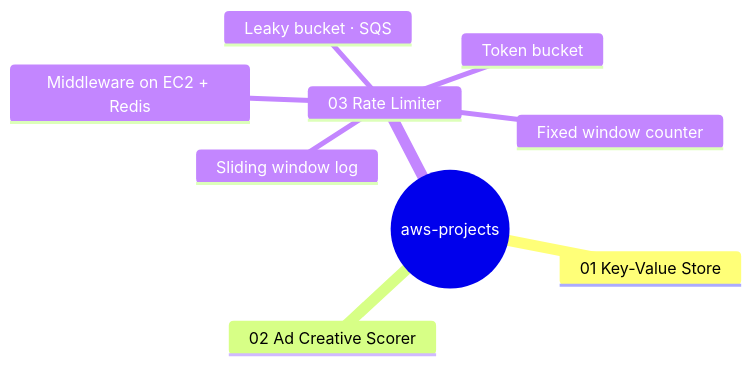
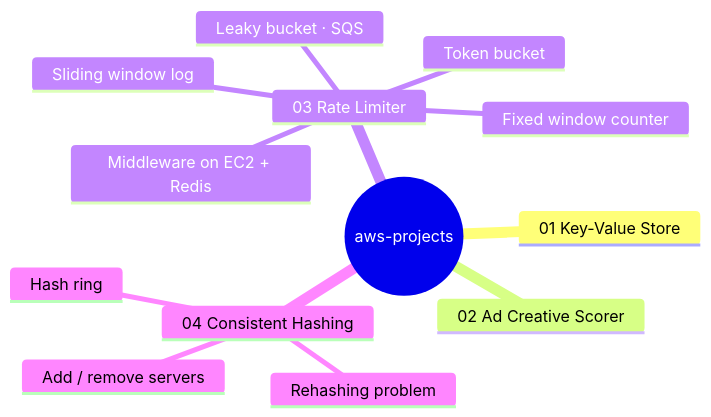
Before and after one commit to TareDevarsh/AWS-cloudformation-projects: the first of 3 diagrams in README.md, drawn with Mermaid. The commit also changed other lines of this file and 10 other files, not shown here.

First line of the commit message:
docs: add 04-consistent-hashing phase 1 concept docs and ring diagrams

````diff
--- a/README.md
+++ b/README.md
@@ -53,12 +56,16 @@
 ```mermaid
 mindmap
   root((aws-projects))
     01 Key-Value Store
     02 Ad Creative Scorer
     03 Rate Limiter
       Middleware on EC2 + Redis
       Token bucket
       Leaky bucket · SQS
       Sliding window log
       Fixed window counter
+    04 Consistent Hashing
+      Rehashing problem
+      Hash ring
+      Add / remove servers
 ```
````
